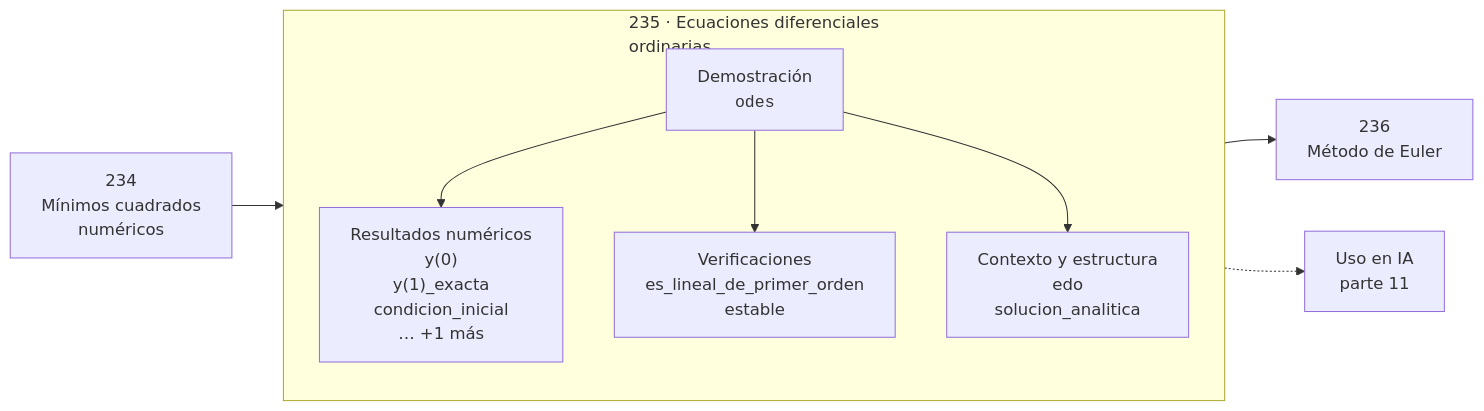
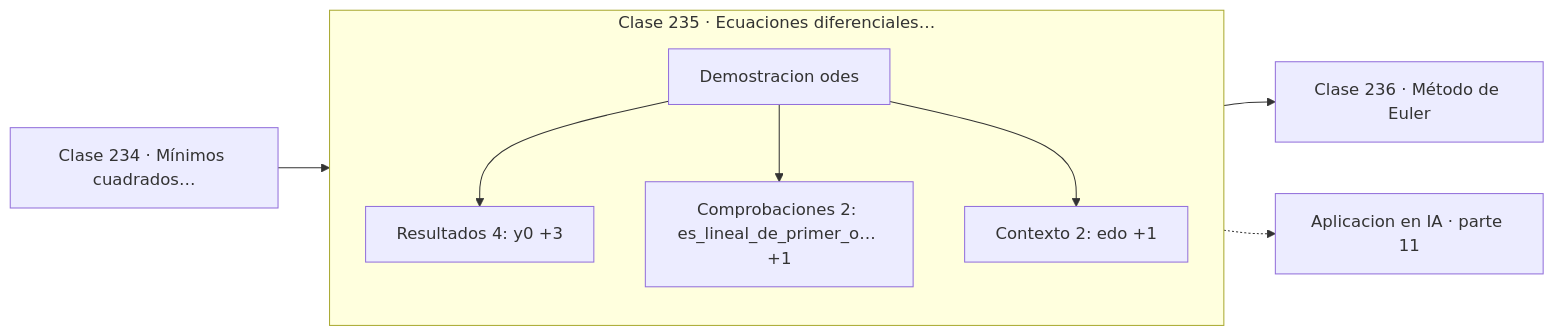
Before and after one commit to vladimiracunadev-create/computational-mathematics-program: the diagram in classes/part-11-metodos-numericos-y-computacion-cientifica/235-ecuaciones-diferenciales-ordinarias/README.md, drawn with Mermaid. The commit also changed 389 other files, not shown here.

First line of the commit message:
fix(diagramas): elimina el HTML de las etiquetas Mermaid

````diff
--- a/classes/part-11-metodos-numericos-y-computacion-cientifica/235-ecuaciones-diferenciales-ordinarias/README.md
+++ b/classes/part-11-metodos-numericos-y-computacion-cientifica/235-ecuaciones-diferenciales-ordinarias/README.md
@@ -30,12 +30,13 @@
 ```mermaid
 flowchart LR
-    P["234<br/>Mínimos cuadrados<br/>numéricos"] --> C
-    subgraph C["235 · Ecuaciones diferenciales<br/>ordinarias"]
+    P["Clase 234 · Mínimos cuadrados…"] --> D
+    subgraph CLASE["Clase 235 · Ecuaciones diferenciales…"]
         direction TB
-        D["Demostración<br/><code>odes</code>"] --> R["Resultados numéricos<br/>y(0)<br/>y(1)_exacta<br/>condicion_inicial<br/>… +1 más"]
-        D --> V["Verificaciones<br/>es_lineal_de_primer_orden<br/>estable"]
-        D --> O["Contexto y estructura<br/>edo<br/>solucion_analitica"]
+        D["Demostracion odes"]
+        D --> R["Resultados 4: y0 +3"]
+        D --> V["Comprobaciones 2: es_lineal_de_primer_o… +1"]
+        D --> O["Contexto 2: edo +1"]
     end
-    C --> N["236<br/>Método de Euler"]
-    C -.-> IA["Uso en IA<br/>parte 11"]
+    R --> N["Clase 236 · Método de Euler"]
+    V -.-> IA["Aplicacion en IA · parte 11"]
 ```
````
